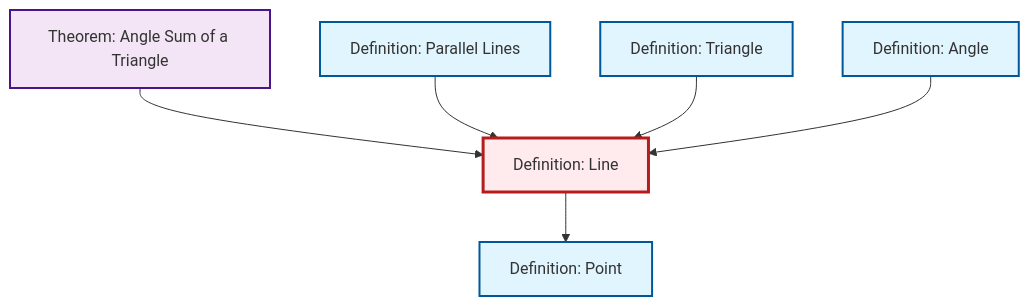
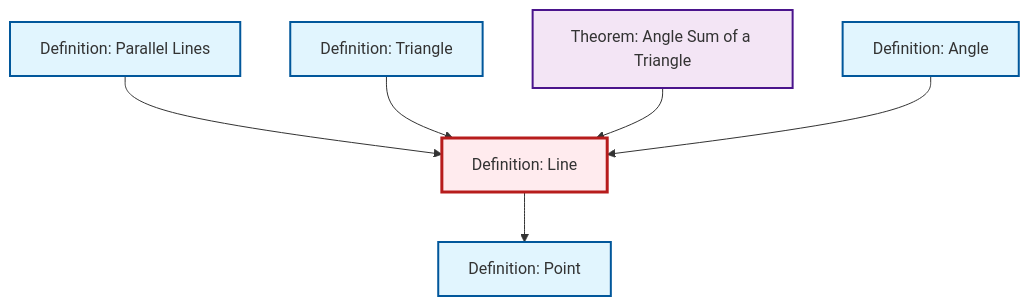
One commit to RK0429/ModernMath changed the diagram in content/ja/geometry/def-line.qmd. Above: the diagram before and after it, drawn with Mermaid. The commit also changed other lines of this file and 554 other files, not shown here.

````diff
--- a/content/ja/geometry/def-line.qmd
+++ b/content/ja/geometry/def-line.qmd
@@ -46,26 +46,26 @@
 ```{mermaid}
 %%| fig-cap: "Local dependency graph"
 graph TD
     classDef definition fill:#e1f5fe,stroke:#01579b,stroke-width:2px
     classDef theorem fill:#f3e5f5,stroke:#4a148c,stroke-width:2px
     classDef axiom fill:#fff3e0,stroke:#e65100,stroke-width:2px
     classDef example fill:#e8f5e9,stroke:#1b5e20,stroke-width:2px
     classDef current fill:#ffebee,stroke:#b71c1c,stroke-width:3px
     def-line["Definition: Line"]:::definition
-    def-angle["Definition: Angle"]:::definition
+    def-triangle["Definition: Triangle"]:::definition
+    def-point["Definition: Point"]:::definition
     def-parallel["Definition: Parallel Lines"]:::definition
     thm-angle-sum-triangle["Theorem: Angle Sum of a Triangle"]:::theorem
-    def-point["Definition: Point"]:::definition
-    def-triangle["Definition: Triangle"]:::definition
-    thm-angle-sum-triangle --> def-line
+    def-angle["Definition: Angle"]:::definition
+    def-line --> def-point
     def-parallel --> def-line
     def-triangle --> def-line
-    def-line --> def-point
+    thm-angle-sum-triangle --> def-line
     def-angle --> def-line
     class def-line current
-    click def-angle "def-angle.html" "Definition: Angleへ"
+    click def-triangle "def-triangle.html" "Definition: Triangleへ"
+    click def-point "def-point.html" "Definition: Pointへ"
     click def-parallel "def-parallel.html" "Definition: Parallel Linesへ"
     click thm-angle-sum-triangle "thm-angle-sum-triangle.html" "Theorem: Angle Sum of a Triangleへ"
-    click def-point "def-point.html" "Definition: Pointへ"
-    click def-triangle "def-triangle.html" "Definition: Triangleへ"
+    click def-angle "def-angle.html" "Definition: Angleへ"
 ```
````
